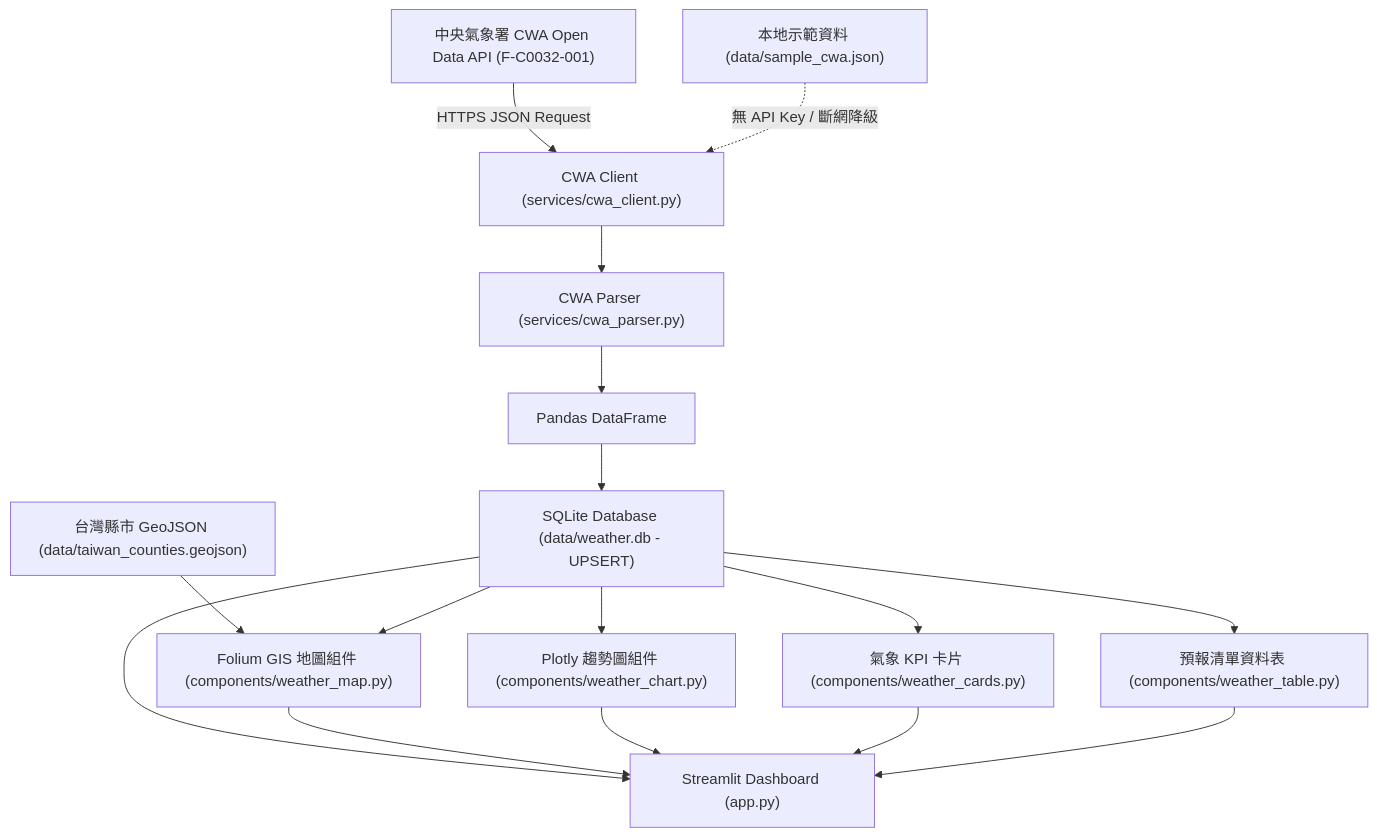
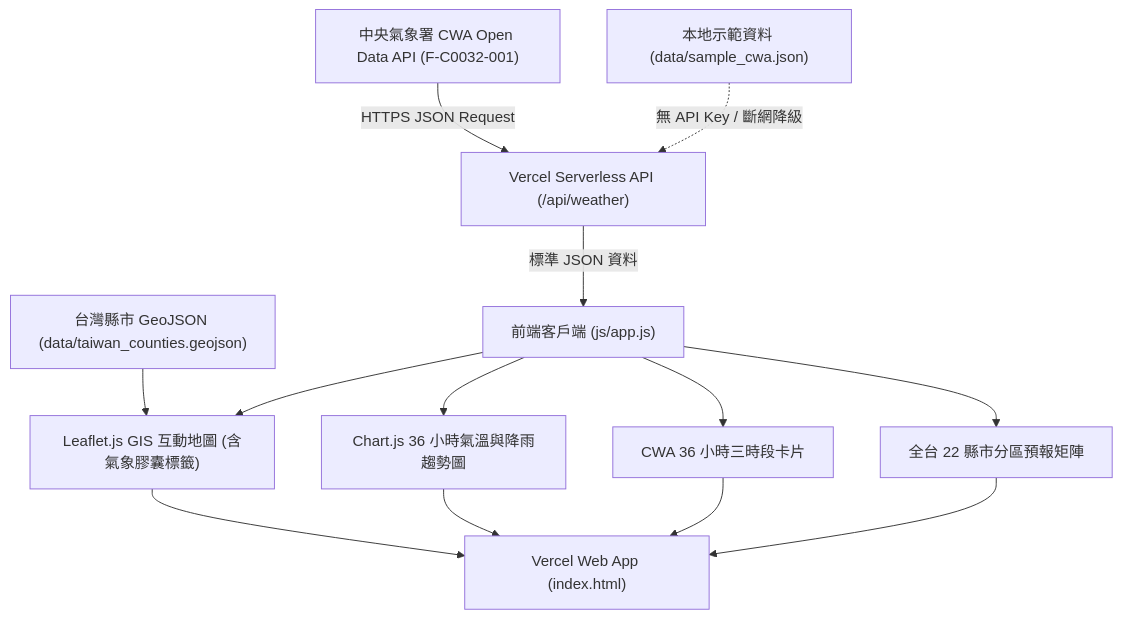
Before and after one commit to damondtsai/AIIS_0921_weather_forecast: the diagram in README.md, drawn with Mermaid. The commit also changed other lines of this file and 6 other files, not shown here.

Commit message:
feat: migrate to Vercel architecture with Leaflet GIS, Chart.js, and Serverless API

````diff
--- a/README.md
+++ b/README.md
@@ -41,20 +36,17 @@
 ```mermaid
 graph TD
-    A["中央氣象署 CWA Open Data API (F-C0032-001)"] -->|HTTPS JSON Request| B["CWA Client (services/cwa_client.py)"]
+    A["中央氣象署 CWA Open Data API (F-C0032-001)"] -->|HTTPS JSON Request| B["Vercel Serverless API (/api/weather)"]
     Fallback["本地示範資料 (data/sample_cwa.json)"] -.->|無 API Key / 斷網降級| B
-    B --> C["CWA Parser (services/cwa_parser.py)"]
-    C --> D["Pandas DataFrame"]
-    D --> E["SQLite Database (data/weather.db - UPSERT)"]
-    E --> F["Streamlit Dashboard (app.py)"]
+    B -->|標準 JSON 資料| C["前端客戶端 (js/app.js)"]
     
-    G["台灣縣市 GeoJSON (data/taiwan_counties.geojson)"] --> H["Folium GIS 地圖組件 (components/weather_map.py)"]
-    E --> H
-    E --> I["Plotly 趨勢圖組件 (components/weather_chart.py)"]
-    E --> J["氣象 KPI 卡片 (components/weather_cards.py)"]
-    E --> K["預報清單資料表 (components/weather_table.py)"]
+    G["台灣縣市 GeoJSON (data/taiwan_counties.geojson)"] --> H["Leaflet.js GIS 互動地圖 (含氣象膠囊標籤)"]
+    C --> H
+    C --> I["Chart.js 36 小時氣溫與降雨趨勢圖"]
+    C --> J["CWA 36 小時三時段卡片"]
+    C --> K["全台 22 縣市分區預報矩陣"]
     
-    H --> F
-    I --> F
-    J --> F
-    K --> F
+    H --> L["Vercel Web App (index.html)"]
+    I --> L
+    J --> L
+    K --> L
 ```
````
